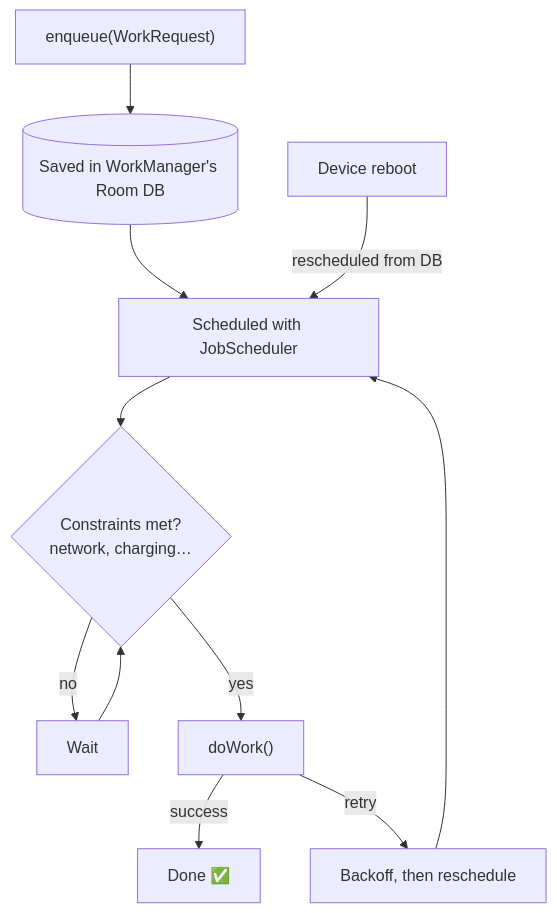
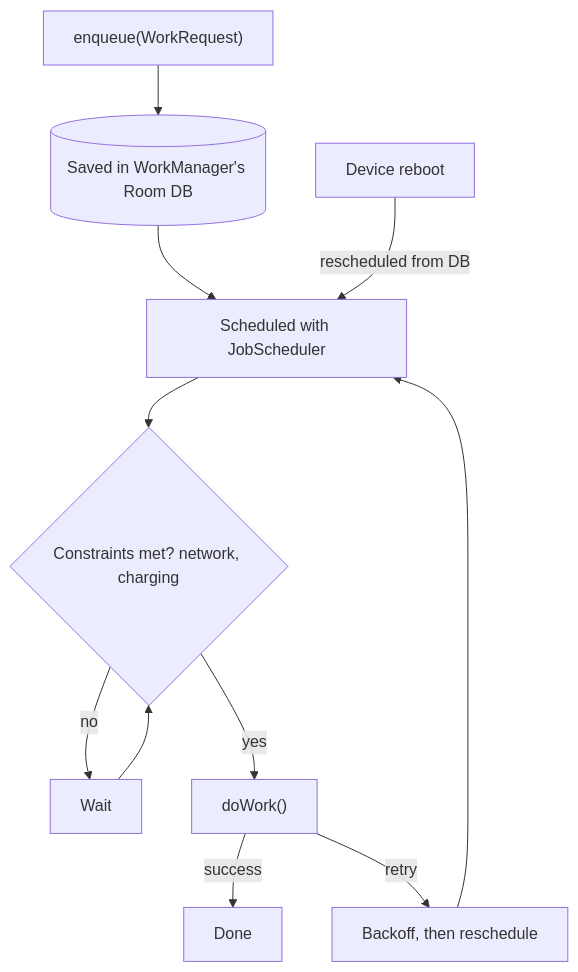
The sixth of 7 diagrams in topics/17-threading-background-work.md (AkshayAshokCode/Android-Interview-Questions-cheat-sheet), drawn with Mermaid before and after one commit. The commit also changed other lines of this file and 21 other files, not shown here.

````diff
--- a/topics/17-threading-background-work.md
+++ b/topics/17-threading-background-work.md
@@ -330,13 +1159,13 @@
 ```mermaid
 flowchart TD
     E["enqueue(WorkRequest)"] --> DB[("Saved in WorkManager's Room DB")]
     DB --> JS["Scheduled with JobScheduler"]
-    JS --> C{"Constraints met?<br/>network, charging…"}
+    JS --> C{"Constraints met? network, charging"}
     C -->|"no"| W["Wait"]
     W --> C
     C -->|"yes"| RUN["doWork()"]
-    RUN -->|"success"| OK["Done ✅"]
+    RUN -->|"success"| OK["Done"]
     RUN -->|"retry"| BO["Backoff, then reschedule"]
     BO --> JS
     RB["Device reboot"] -->|"rescheduled from DB"| JS
 ```
````
